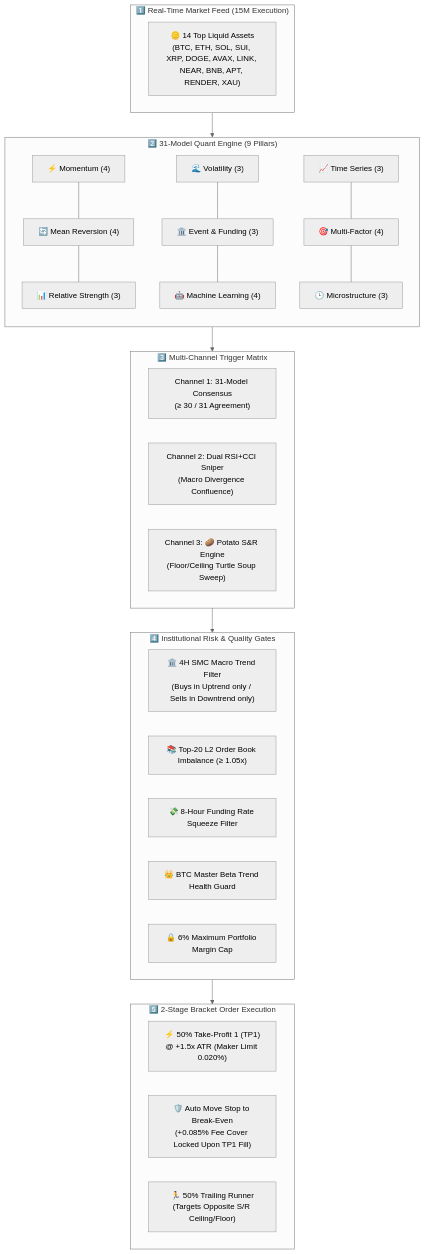
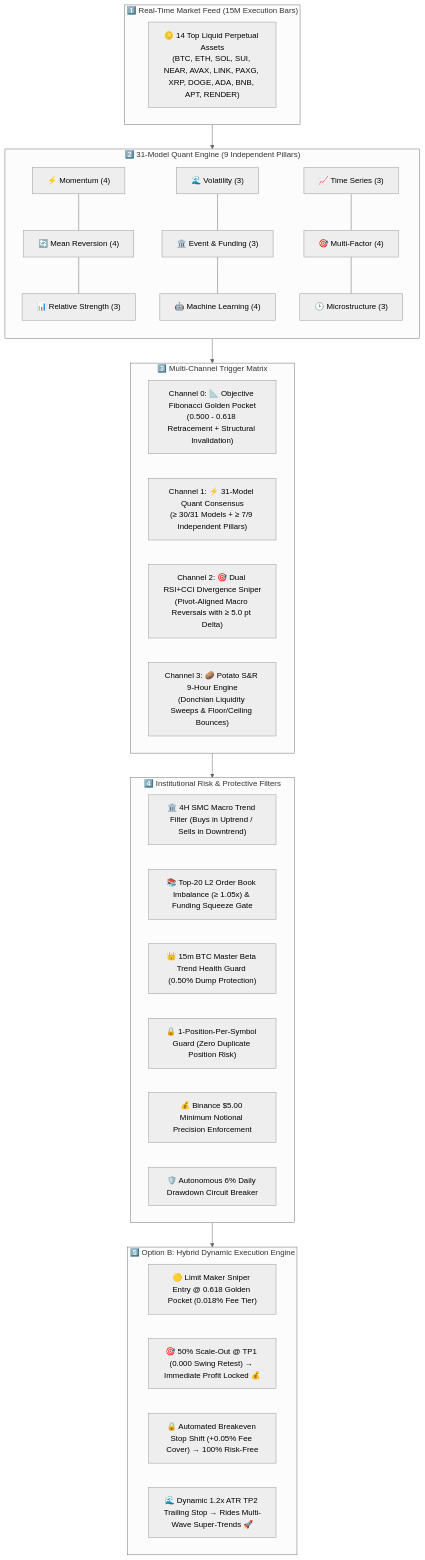
Before and after one commit to charom11/Ensemble-bot: the first of 2 diagrams in README.md, drawn with Mermaid (neutral theme). The commit also changed other lines of this file and 3 other files, not shown here.

Commit message:
feat: implement production-hardened weather ensemble trading agent with circuit breaker and dynamic ATR sizing

````diff
--- a/README.md
+++ b/README.md
@@ -36,38 +37,41 @@
 ```mermaid
 flowchart TD
-    subgraph INGESTION["1️⃣ Real-Time Market Feed (15M Execution)"]
-        M1["🪙 14 Top Liquid Assets<br/>(BTC, ETH, SOL, SUI, XRP, DOGE, AVAX, LINK, NEAR, BNB, APT, RENDER, XAU)"]
+    subgraph INGESTION["1️⃣ Real-Time Market Feed (15M Execution Bars)"]
+        M1["🪙 14 Top Liquid Perpetual Assets<br/>(BTC, ETH, SOL, SUI, NEAR, AVAX, LINK, PAXG, XRP, DOGE, ADA, BNB, APT, RENDER)"]
     end
 
-    subgraph ENSEMBLE["2️⃣ 31-Model Quant Engine (9 Pillars)"]
+    subgraph ENSEMBLE["2️⃣ 31-Model Quant Engine (9 Independent Pillars)"]
         direction TB
         P1["⚡ Momentum (4)"] --- P2["🔄 Mean Reversion (4)"] --- P3["📊 Relative Strength (3)"]
         P4["🌊 Volatility (3)"] --- P5["🏛️ Event & Funding (3)"] --- P6["🤖 Machine Learning (4)"]
         P7["📈 Time Series (3)"] --- P8["🎯 Multi-Factor (4)"] --- P9["🕒 Microstructure (3)"]
     end
 
     subgraph CHANNELS["3️⃣ Multi-Channel Trigger Matrix"]
-        C1["Channel 1: 31-Model Consensus<br/>(≥ 30 / 31 Agreement)"]
-        C2["Channel 2: Dual RSI+CCI Sniper<br/>(Macro Divergence Confluence)"]
-        C3["Channel 3: 🥔 Potato S&R Engine<br/>(Floor/Ceiling Turtle Soup Sweep)"]
+        C0["Channel 0: 📐 Objective Fibonacci Golden Pocket<br/>(0.500 - 0.618 Retracement + Structural Invalidation)"]
+        C1["Channel 1: ⚡ 31-Model Quant Consensus<br/>(≥ 30/31 Models + ≥ 7/9 Independent Pillars)"]
+        C2["Channel 2: 🎯 Dual RSI+CCI Divergence Sniper<br/>(Pivot-Aligned Macro Reversals with ≥ 5.0 pt Delta)"]
+        C3["Channel 3: 🥔 Potato S&R 9-Hour Engine<br/>(Donchian Liquidity Sweeps & Floor/Ceiling Bounces)"]
     end
 
-    subgraph GATES["4️⃣ Institutional Risk & Quality Gates"]
-        G1["🏛️ 4H SMC Macro Trend Filter<br/>(Buys in Uptrend only / Sells in Downtrend only)"]
-        G2["📚 Top-20 L2 Order Book Imbalance (≥ 1.05x)"]
-        G3["💸 8-Hour Funding Rate Squeeze Filter"]
-        G4["👑 BTC Master Beta Trend Health Guard"]
-        G5["🔒 6% Maximum Portfolio Margin Cap"]
+    subgraph GATES["4️⃣ Institutional Risk & Protective Filters"]
+        G1["🏛️ 4H SMC Macro Trend Filter (Buys in Uptrend / Sells in Downtrend)"]
+        G2["📚 Top-20 L2 Order Book Imbalance (≥ 1.05x) & Funding Squeeze Gate"]
+        G3["👑 15m BTC Master Beta Trend Health Guard (0.50% Dump Protection)"]
+        G4["🔒 1-Position-Per-Symbol Guard (Zero Duplicate Position Risk)"]
+        G5["💰 Binance $5.00 Minimum Notional Precision Enforcement"]
+        G6["🛡️ Autonomous 6% Daily Drawdown Circuit Breaker"]
     end
 
-    subgraph EXECUTION["5️⃣ 2-Stage Bracket Order Execution"]
-        E1["⚡ 50% Take-Profit 1 (TP1)<br/>@ +1.5x ATR (Maker Limit 0.020%)"]
-        E2["🛡️ Auto Move Stop to Break-Even<br/>(+0.085% Fee Cover Locked Upon TP1 Fill)"]
-        E3["🏃 50% Trailing Runner<br/>(Targets Opposite S/R Ceiling/Floor)"]
+    subgraph EXECUTION["5️⃣ Option B: Hybrid Dynamic Execution Engine"]
+        E1["🟡 Limit Maker Sniper Entry @ 0.618 Golden Pocket (0.018% Fee Tier)"]
+        E2["🎯 50% Scale-Out @ TP1 (0.000 Swing Retest) → Immediate Profit Locked 💰"]
+        E3["🔒 Automated Breakeven Stop Shift (+0.05% Fee Cover) → 100% Risk-Free"]
+        E4["🌊 Dynamic 1.2x ATR TP2 Trailing Stop → Rides Multi-Wave Super-Trends 🚀"]
     end
 
     INGESTION --> ENSEMBLE
     ENSEMBLE --> CHANNELS
     CHANNELS --> GATES
     GATES --> EXECUTION
 ```
````
